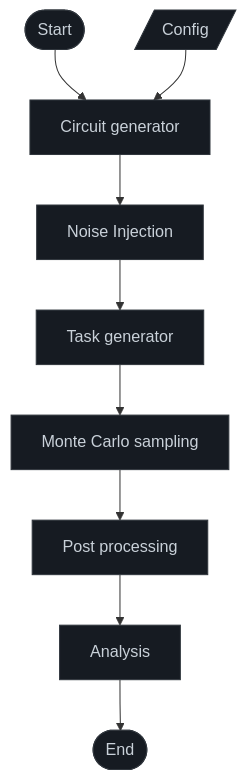
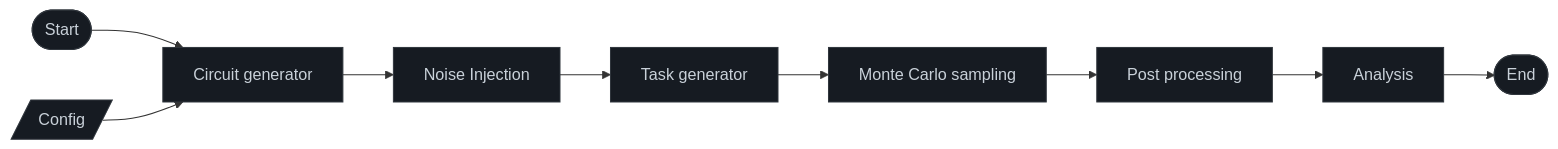
The diagram in README.md (marcosj/qdots), drawn with Mermaid before and after one commit. The commit also changed other lines of this file, not shown here.

````diff
--- a/README.md
+++ b/README.md
@@ -23,21 +23,21 @@
 ```mermaid
-graph TD
+graph LR
     Start([Start]) --> CG[Circuit generator]
     Config[/Config/] --> CG
     CG --> NI[Noise Injection]
     NI --> TG[Task generator]
     TG --> MC[Monte Carlo sampling]
     MC --> PP[Post processing]
     PP --> An[Analysis]
     An --> End([End])
 
     style Start fill:#161b22,stroke:#30363d,color:#c9d1d9
     style End fill:#161b22,stroke:#30363d,color:#c9d1d9
     style Config fill:#161b22,stroke:#30363d,color:#c9d1d9
     style CG fill:#161b22,stroke:#30363d,color:#c9d1d9
     style NI fill:#161b22,stroke:#30363d,color:#c9d1d9
     style TG fill:#161b22,stroke:#30363d,color:#c9d1d9
     style MC fill:#161b22,stroke:#30363d,color:#c9d1d9
     style PP fill:#161b22,stroke:#30363d,color:#c9d1d9
     style An fill:#161b22,stroke:#30363d,color:#c9d1d9
 ```
````
